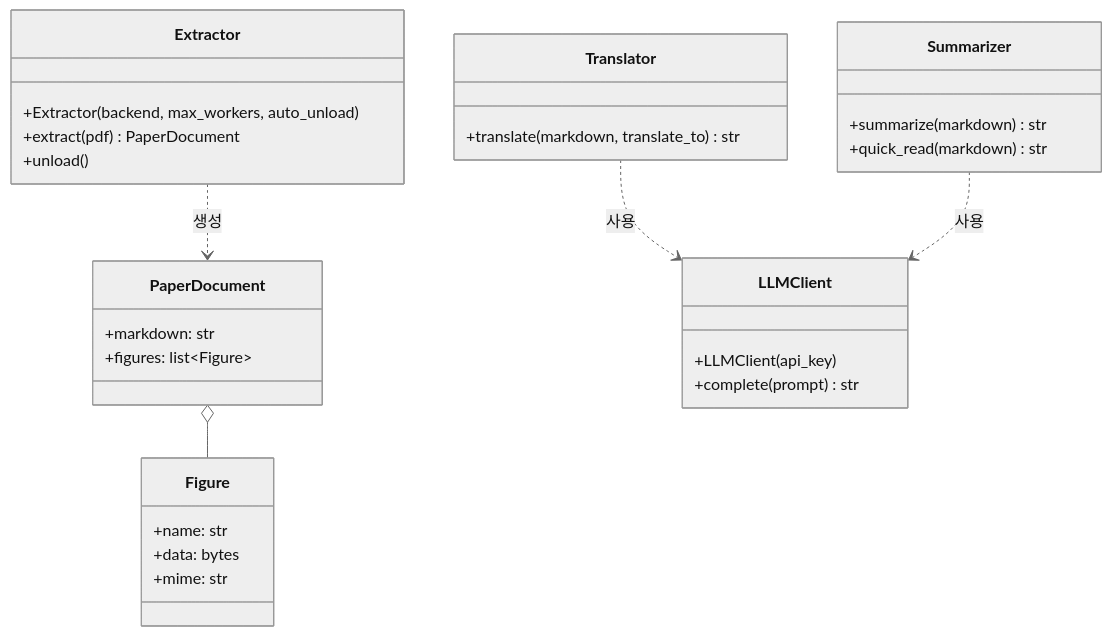
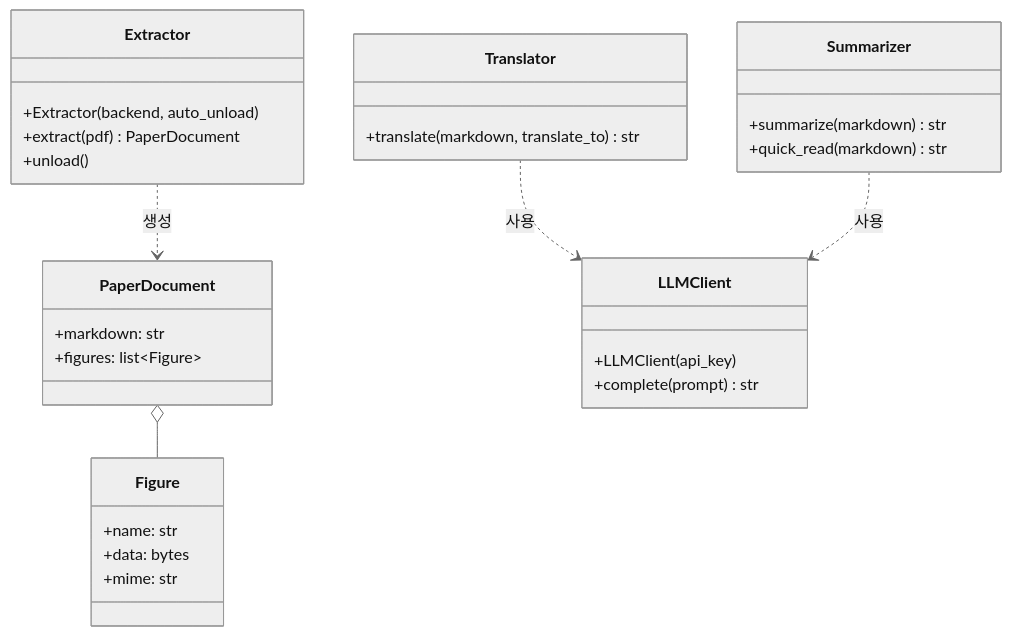
One commit to gatesplan/papercut changed the second of 3 diagrams in Architecture.md. Above: the diagram before and after it, drawn with Mermaid (neutral theme). The commit also changed other lines of this file, not shown here.

Commit message:
설계: max_workers 제거, Extractor 직렬화 + 객체 다중화로 병렬 처리

````diff
--- a/Architecture.md
+++ b/Architecture.md
@@ -73,33 +74,33 @@
 ```mermaid
 classDiagram
     class PaperDocument {
         +markdown: str
         +figures: list~Figure~
     }
     class Figure {
         +name: str
         +data: bytes
         +mime: str
     }
     class Extractor {
-        +Extractor(backend, max_workers, auto_unload)
+        +Extractor(backend, auto_unload)
         +extract(pdf) PaperDocument
         +unload()
     }
     class LLMClient {
         +LLMClient(api_key)
         +complete(prompt) str
     }
     class Translator {
         +translate(markdown, translate_to) str
     }
     class Summarizer {
         +summarize(markdown) str
         +quick_read(markdown) str
     }
 
     PaperDocument o-- Figure
     Extractor ..> PaperDocument : 생성
     Translator ..> LLMClient : 사용
     Summarizer ..> LLMClient : 사용
 ```
````
